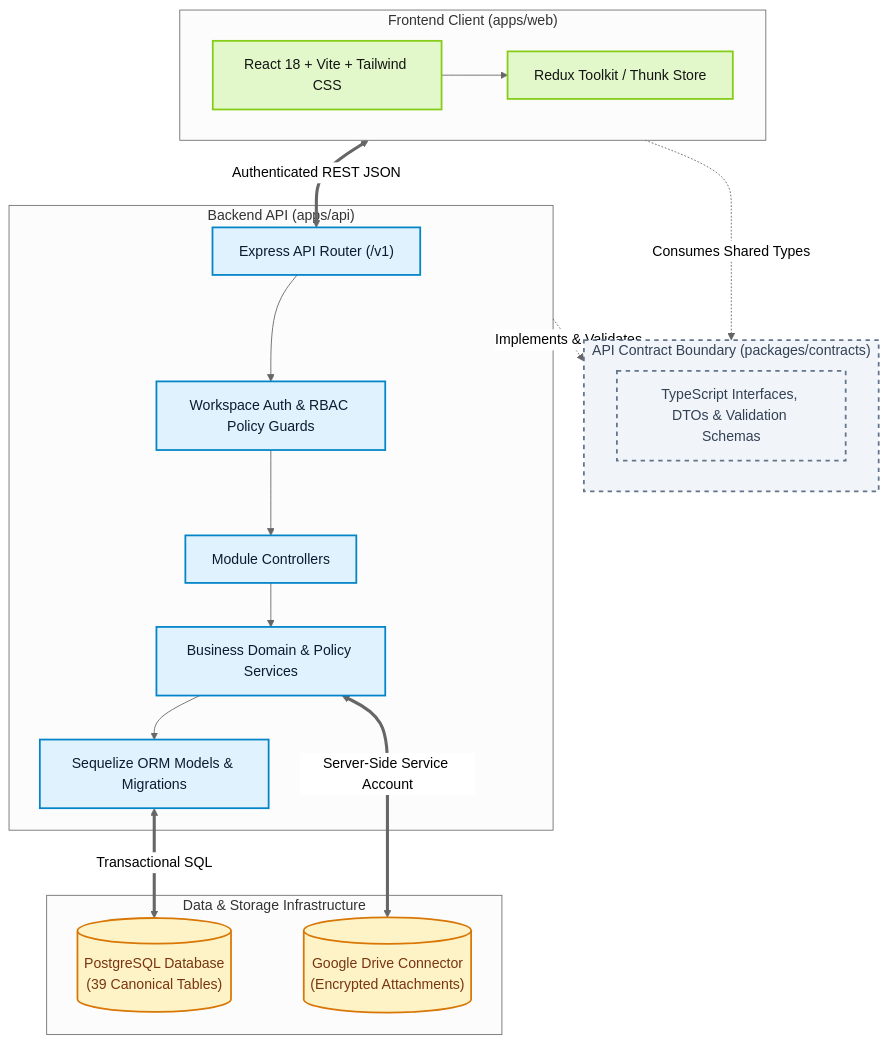
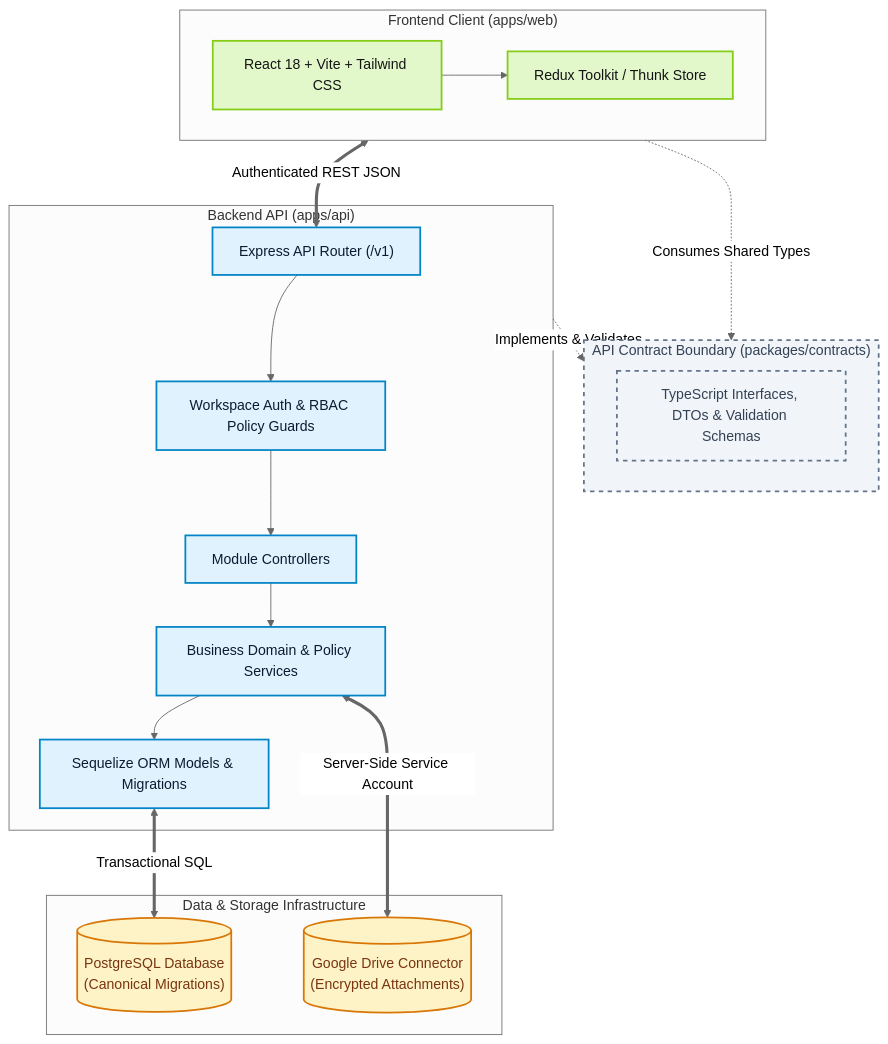
One commit to oneilreyand/qlickhub changed the first of 3 diagrams in docs/1_ARCHITECTURE.md. Above: the diagram before and after it, drawn with Mermaid (neutral theme). The commit also changed other lines of this file and 50 other files, not shown here.

````diff
--- a/docs/1_ARCHITECTURE.md
+++ b/docs/1_ARCHITECTURE.md
@@ -24,46 +24,46 @@
 ```mermaid
 graph TB
     subgraph Client["Frontend Client (apps/web)"]
         UI["React 18 + Vite + Tailwind CSS"]
         State["Redux Toolkit / Thunk Store"]
         UI --> State
     end
 
     subgraph ContractBoundary["API Contract Boundary (packages/contracts)"]
         Contracts["TypeScript Interfaces, DTOs & Validation Schemas"]
     end
 
     subgraph Server["Backend API (apps/api)"]
         Router["Express API Router (/v1)"]
         AuthMiddleware["Workspace Auth & RBAC Policy Guards"]
         Controllers["Module Controllers"]
         Services["Business Domain & Policy Services"]
         SequelizeORM["Sequelize ORM Models & Migrations"]
 
         Router --> AuthMiddleware
         AuthMiddleware --> Controllers
         Controllers --> Services
         Services --> SequelizeORM
     end
 
     subgraph DataStorage["Data & Storage Infrastructure"]
-        Postgres[("PostgreSQL Database\n(39 Canonical Tables)")]
+        Postgres[("PostgreSQL Database\n(Canonical Migrations)")]
         GDrive[("Google Drive Connector\n(Encrypted Attachments)")]
     end
 
     Client <== "Authenticated REST JSON" ==> Router
     Client -. "Consumes Shared Types" .-> ContractBoundary
     Server -. "Implements & Validates" .-> ContractBoundary
     SequelizeORM <== "Transactional SQL" ==> Postgres
     Services <== "Server-Side Service Account" ==> GDrive
 
     classDef client fill:#E2F8CB,stroke:#84CC16,stroke-width:2px,color:#141413;
     classDef server fill:#E0F2FE,stroke:#0284C7,stroke-width:2px,color:#0B1C30;
     classDef db fill:#FEF3C7,stroke:#D97706,stroke-width:2px,color:#78350F;
     classDef boundary fill:#F1F5F9,stroke:#64748B,stroke-width:2px,stroke-dasharray: 5 5,color:#334155;
 
     class UI,State client;
     class Router,AuthMiddleware,Controllers,Services,SequelizeORM server;
     class Postgres,GDrive db;
     class ContractBoundary,Contracts boundary;
 ```
````
